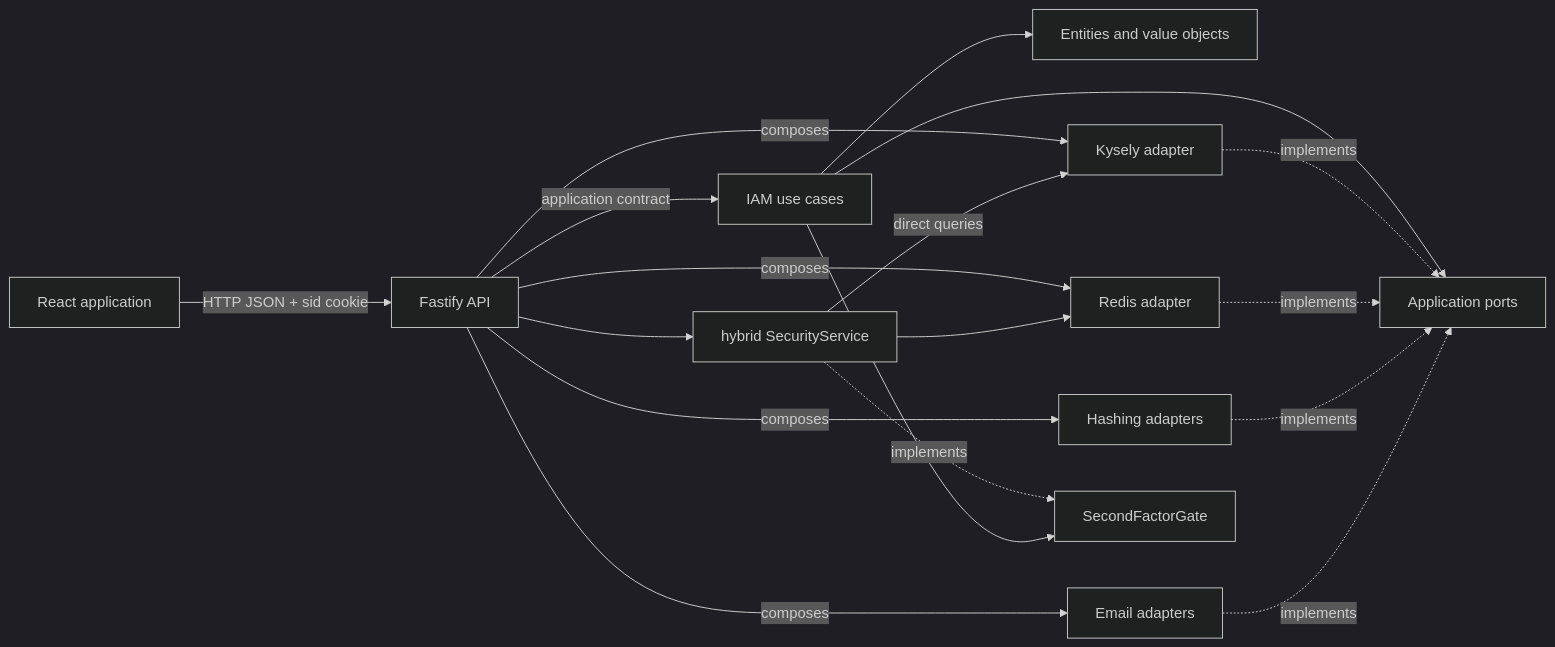
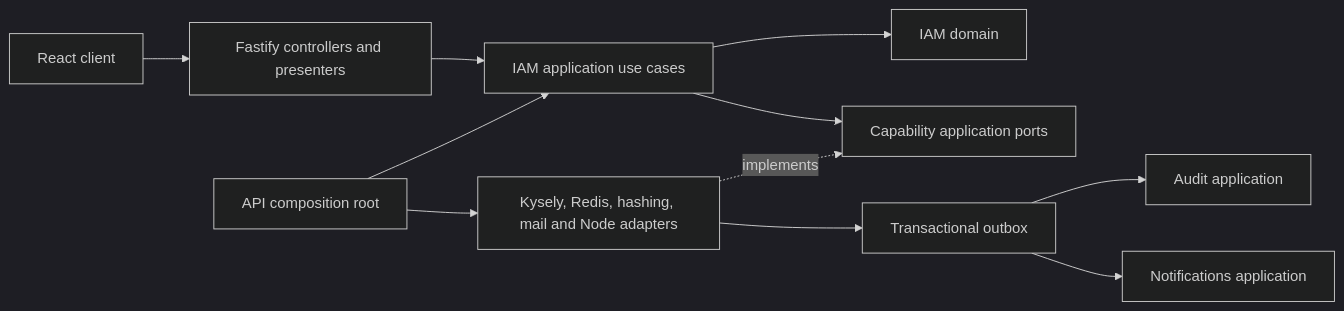
The diagram in docs/architecture/overview.md (Oxelio/architecture-web), drawn with Mermaid (dark theme) before and after one commit. The commit also changed other lines of this file and 325 other files, not shown here.

First line of the commit message:
refactor(iam)!: consolidate IAM security into capability-based architecture (#57)

````diff
--- a/docs/architecture/overview.md
+++ b/docs/architecture/overview.md
@@ -80,20 +22,13 @@
 ```mermaid
 flowchart LR
-    Browser[React application] -->|HTTP JSON + sid cookie| API[Fastify API]
-    API -->|application contract| UC[IAM use cases]
-    UC --> Domain[Entities and value objects]
-    UC --> Ports[Application ports]
-    Kysely[Kysely adapter] -. implements .-> Ports
-    Redis[Redis adapter] -. implements .-> Ports
-    Crypto[Hashing adapters] -. implements .-> Ports
-    Mail[Email adapters] -. implements .-> Ports
-    API -->|composes| Kysely
-    API -->|composes| Redis
-    API -->|composes| Crypto
-    API -->|composes| Mail
-    API --> Security[hybrid SecurityService]
-    Security -->|direct queries| Kysely
-    Security --> Redis
-    Security -. implements .-> Gate[SecondFactorGate]
-    UC --> Gate
+    Web[React client] --> HTTP[Fastify controllers and presenters]
+    HTTP --> Application[IAM application use cases]
+    Application --> Domain[IAM domain]
+    Application --> Ports[Capability application ports]
+    Adapters[Kysely, Redis, hashing, mail and Node adapters] -. implements .-> Ports
+    Composition[API composition root] --> Application
+    Composition --> Adapters
+    Adapters --> Outbox[Transactional outbox]
+    Outbox --> Audit[Audit application]
+    Outbox --> Notifications[Notifications application]
 ```
````
